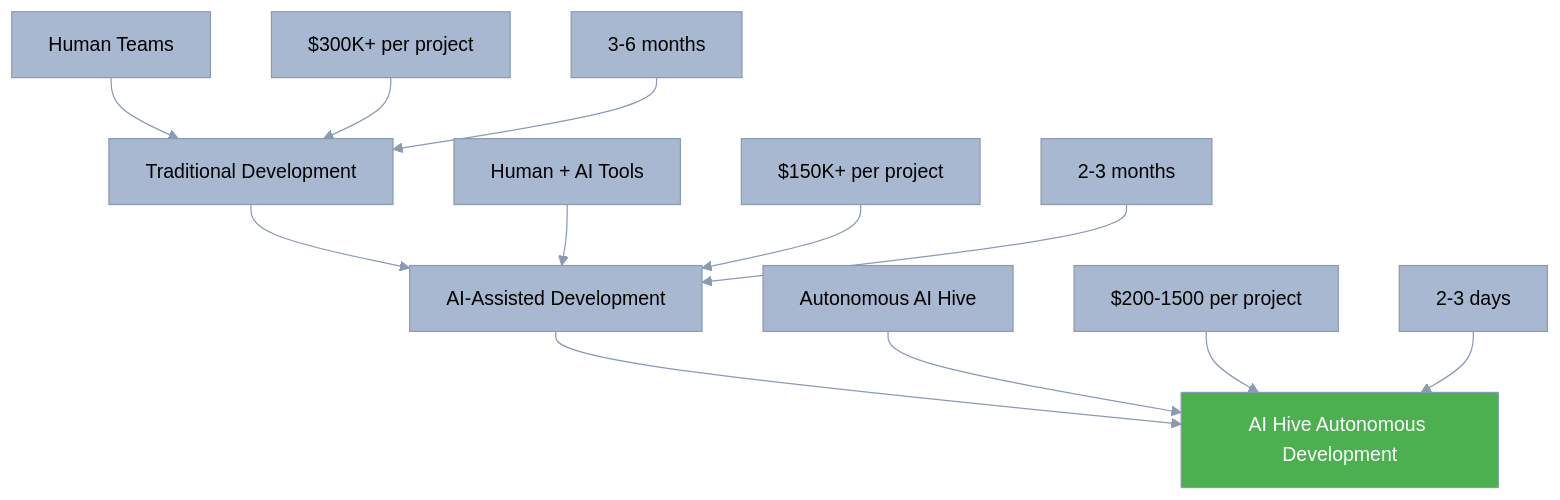
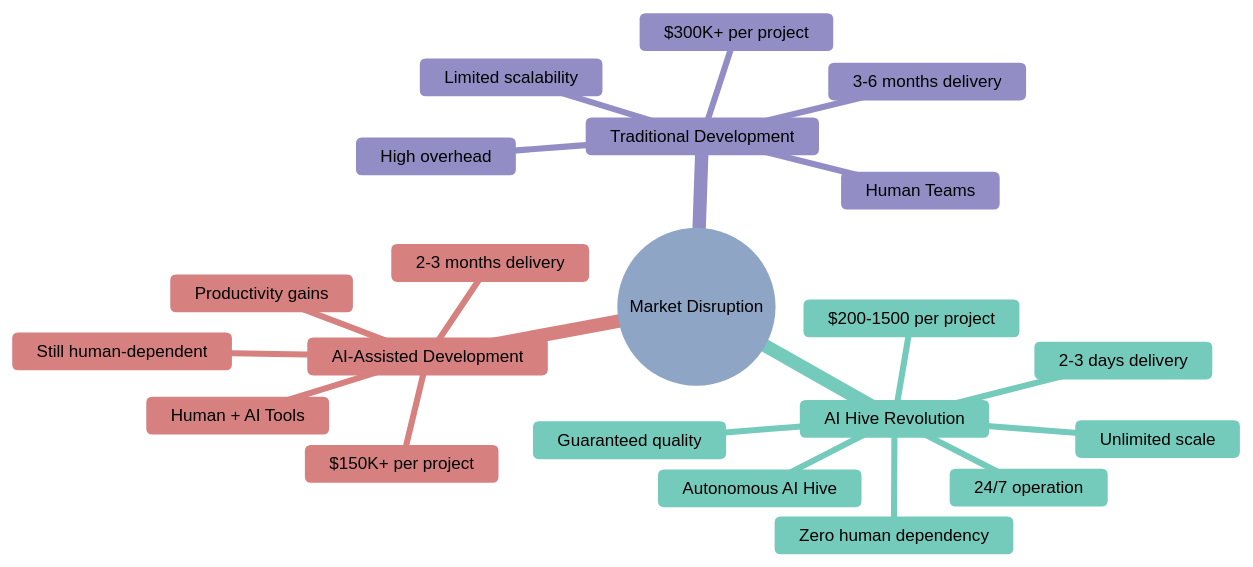
Before and after one commit to o2alexanderfedin/AI-Hive-Business-Docs: the diagram in business-documents/competitive-positioning/index.md, drawn with Mermaid.

Commit message:
Update Market Disruption Vectors to mind map with improved color scheme
- Converted flowchart to mind map format for better visual hierarchy
- Applied pale color palette consistent with market analysis docs
- Positioned AI Hive Revolution first to emphasize innovation
- Traditional Development gets pale reddish color to indicate legacy approach
- Improved readability with softer, more professional colors

````diff
--- a/business-documents/competitive-positioning/index.md
+++ b/business-documents/competitive-positioning/index.md
@@ -65,20 +65,57 @@
 ```mermaid
-%%{init: {'theme': 'base', 'themeVariables': {'primaryColor': '#A8B8D0', 'primaryTextColor': '#000000', 'primaryBorderColor': '#8A9AB2', 'lineColor': '#8A9AB2', 'secondaryColor': '#5DBCB6', 'tertiaryColor': '#84D4F5', 'background': '#F5F5F5', 'mainBkg': '#A8B8D0', 'fontFamily': 'Arial, sans-serif'}}}%%
-graph TD
-    A[Traditional Development] --> B[AI-Assisted Development]
-    B --> C[AI Hive Autonomous Development]
-
-    A1[Human Teams] --> A
-    A2[$300K+ per project] --> A
-    A3[3-6 months] --> A
-
-    B1[Human + AI Tools] --> B
-    B2[$150K+ per project] --> B
-    B3[2-3 months] --> B
-
-    C1[Autonomous AI Hive] --> C
-    C2[$200-1500 per project] --> C
-    C3[2-3 days] --> C
-
-    style C fill:#4CAF50,color:#fff
+%%{init: {
+  'theme': 'base',
+  'themeVariables': {
+    'primaryColor': '#E2E8F0',
+    'primaryTextColor': '#000000',
+    'primaryBorderColor': '#D5DDE6',
+    'lineColor': '#D5DDE6',
+    'secondaryColor': '#D0EDE8',
+    'secondaryTextColor': '#000000',
+    'secondaryBorderColor': '#C0E2DC',
+    'tertiaryColor': '#F5E0E0',
+    'tertiaryTextColor': '#000000',
+    'tertiaryBorderColor': '#E5CCCC',
+    'background': '#FAFAFA',
+    'mainBkg': '#E2E8F0',
+    'secondBkg': '#D0EDE8',
+    'tertiaryBkg': '#F5E0E0',
+    'mainContrastColor': '#000000',
+    'darkMode': false,
+    'fontFamily': 'Arial, sans-serif',
+    'fontSize': '14px',
+    'labelBackground': '#F5F5F5',
+    'textColor': '#000000',
+    'nodeBkg': '#E8E6F2',
+    'nodeTextColor': '#000000',
+    'nodeBorder': '#DDD9E8',
+    'clusterBkg': '#F2E5E9',
+    'clusterBorder': '#E8D5DB',
+    'defaultLinkColor': '#C5D0DD',
+    'titleColor': '#000000',
+    'edgeLabelBackground': '#FAFAFA'
+  }
+}}%%
+mindmap
+  root((Market Disruption))
+    AI Hive Revolution
+      Autonomous AI Hive
+      $200-1500 per project
+      2-3 days delivery
+      Unlimited scale
+      Zero human dependency
+      24/7 operation
+      Guaranteed quality
+    AI-Assisted Development
+      Human + AI Tools
+      $150K+ per project
+      2-3 months delivery
+      Productivity gains
+      Still human-dependent
+    Traditional Development
+      Human Teams
+      $300K+ per project
+      3-6 months delivery
+      Limited scalability
+      High overhead
 ```
````
